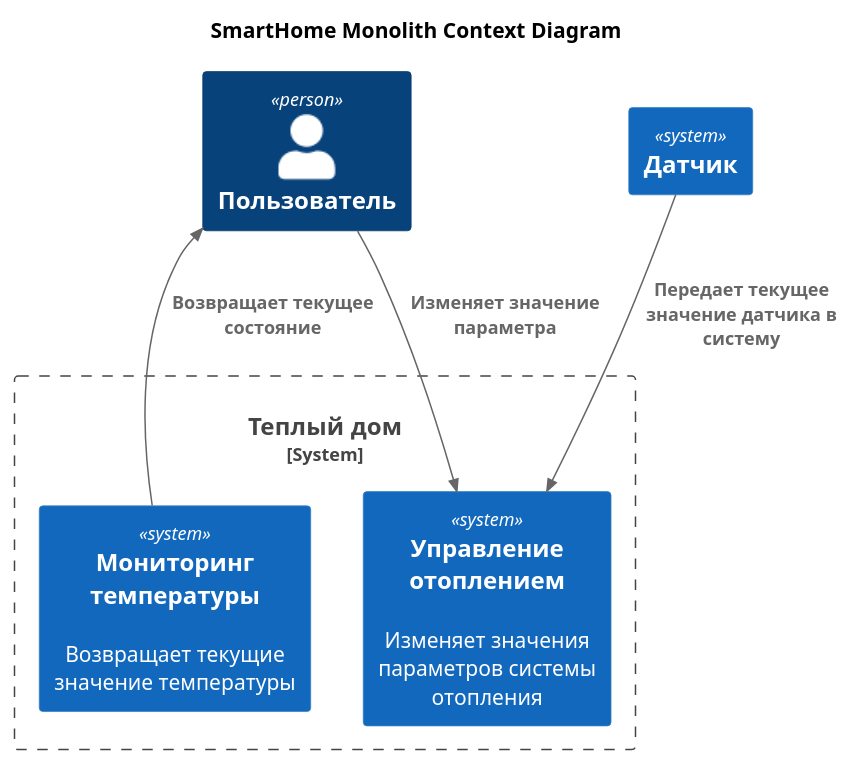
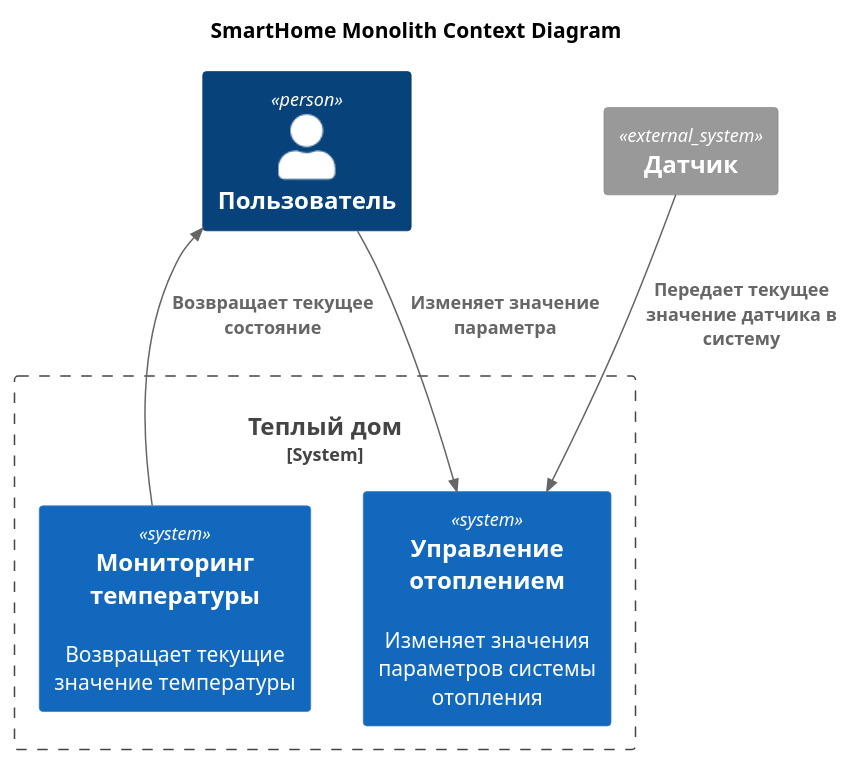
One commit to probovik/practicum_sprint_3 changed the diagram in smart-home-monolith/architecture/AsIs/smart-home-monolith-context-diagramm.wsd. Above: the diagram before and after it, drawn with PlantUML. The commit also changed 2 other files, not shown here.

Commit message:
добавил домены описал детальнее контектсы, исправил датчик на серый, и сделал связь m-t-m в ER диаграмме

```diff
--- a/smart-home-monolith/architecture/AsIs/smart-home-monolith-context-diagramm.wsd
+++ b/smart-home-monolith/architecture/AsIs/smart-home-monolith-context-diagramm.wsd
@@ -1,18 +1,17 @@
 @startuml
 title SmartHome Monolith Context Diagram
 
 top to bottom direction
 
 !includeurl https://raw.githubusercontent.com/RicardoNiepel/C4-PlantUML/master/C4_Component.puml
 
 Person(customer, "Пользователь")
-System(sensor, "Датчик")
+System_Ext(sensor, "Датчик")
 System_Boundary(c1, "Теплый дом") {
     System(heatingSystem, "Управление отоплением", "Изменяет значения параметров системы отопления")
     System(monitoringSystem, "Мониторинг температуры", "Возвращает текущие значение температуры")
 }
 Rel(customer, heatingSystem, "Изменяет значение параметра")
 Rel(monitoringSystem, customer, "Возвращает текущее состояние")
 Rel(sensor, heatingSystem, "Передает текущее значение датчика в систему")
-
 @enduml
```
